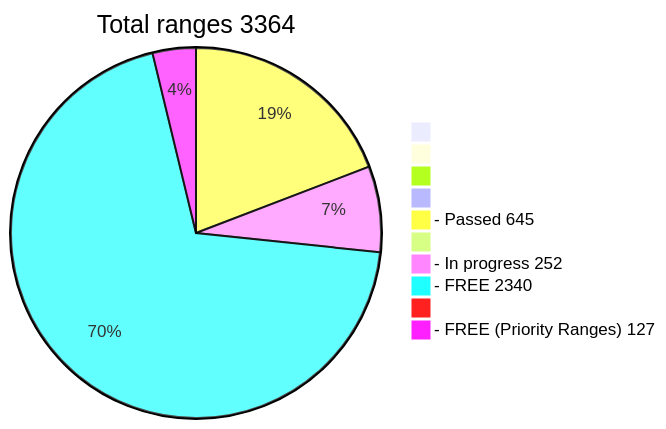
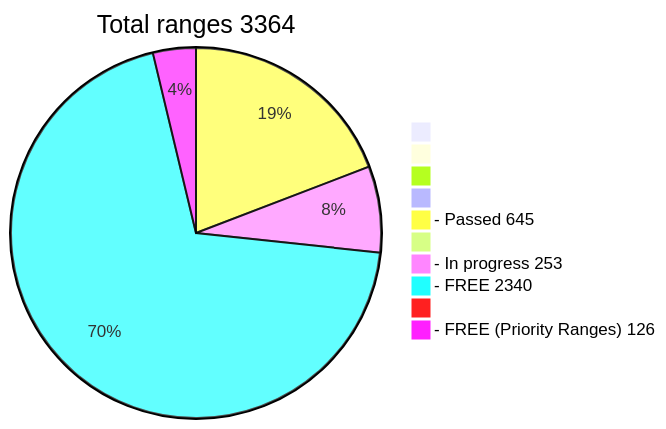
The diagram in README.md (phrutis/wif500), drawn with Mermaid before and after one commit.

````diff
--- a/README.md
+++ b/README.md
@@ -16,13 +16,13 @@
 ```mermaid
 pie title Total ranges 3364
              " " : 0
             "  " : 0
            "   " : 0
           "    " : 0
   "- Passed 645" : 645
          "     " : 0
-  "- In progress 252" : 252
+  "- In progress 253" : 253
    "- FREE 2340" : 2340
         "      " : 0
-  "- FREE (Priority Ranges) 127" : 127
+  "- FREE (Priority Ranges) 126" : 126
 ```
````
